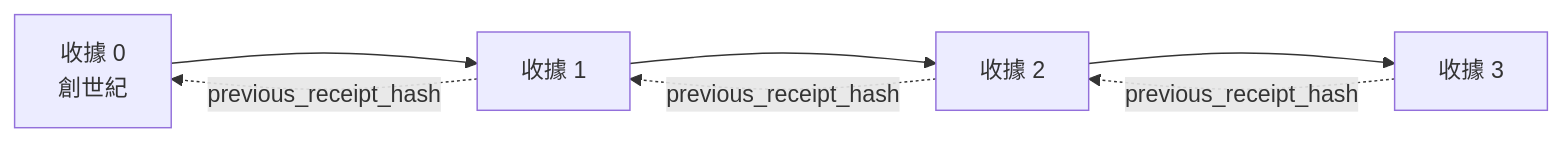
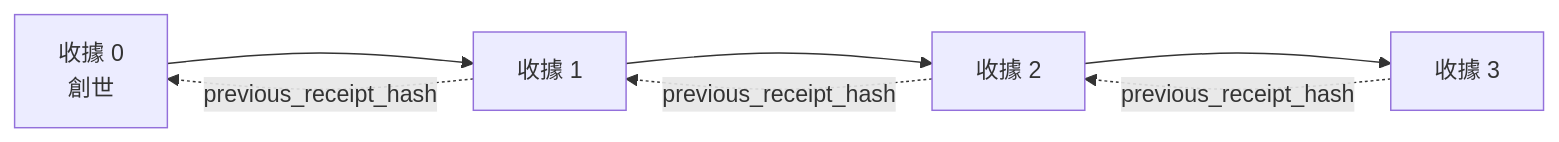
The second of 2 diagrams in mirrors/repos/microsoft@ai-agents-for-beginners/translations/zh-MO/18-securing-ai-agents/README.md (gabrielmoreira/agent-skills-mirror), drawn with Mermaid before and after one commit. The commit also changed other lines of this file and 2285 other files, not shown here.

````diff
--- a/mirrors/repos/microsoft@ai-agents-for-beginners/translations/zh-MO/18-securing-ai-agents/README.md
+++ b/mirrors/repos/microsoft@ai-agents-for-beginners/translations/zh-MO/18-securing-ai-agents/README.md
@@ -206,9 +206,9 @@
 ```mermaid
 flowchart LR
-    R0[收據 0<br/>創世紀] --> R1[收據 1]
+    R0[收據 0<br/>創世] --> R1[收據 1]
     R1 --> R2[收據 2]
     R2 --> R3[收據 3]
     R1 -. previous_receipt_hash .-> R0
     R2 -. previous_receipt_hash .-> R1
     R3 -. previous_receipt_hash .-> R2
 ```
````
